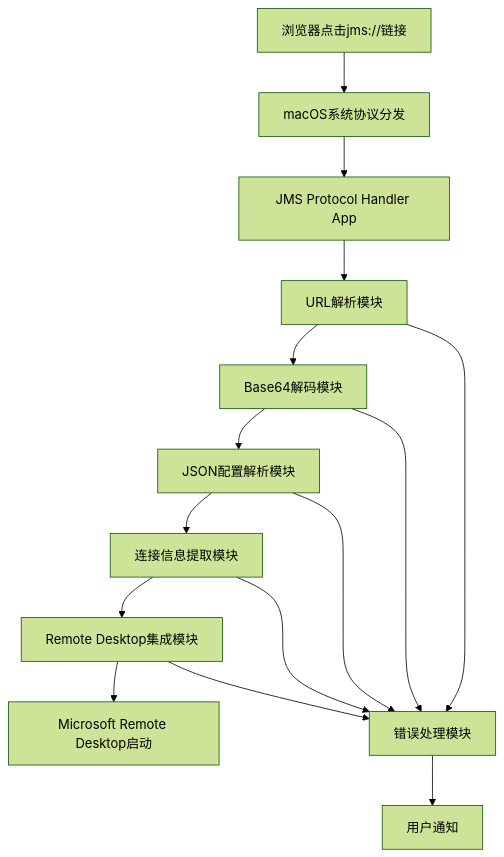
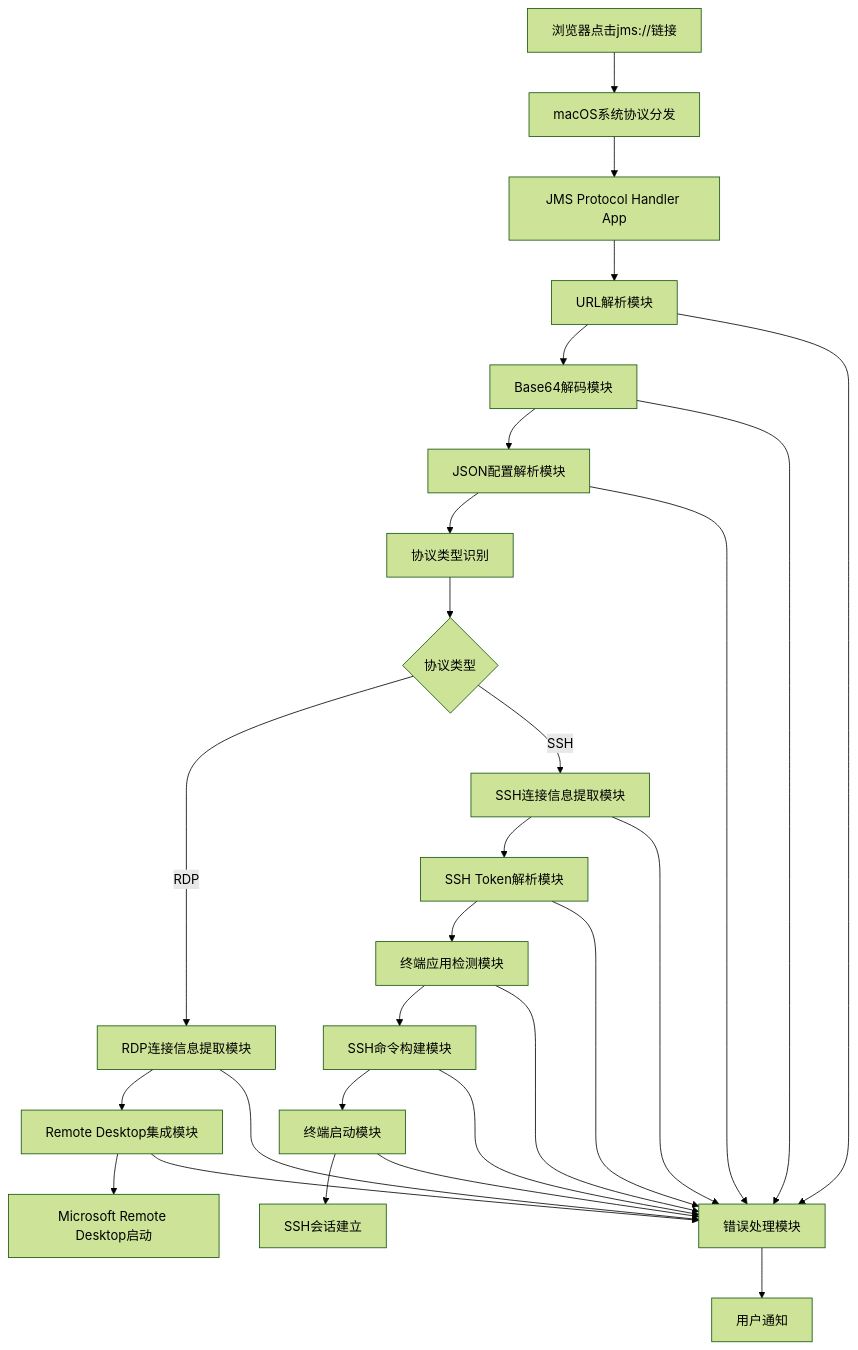
Before and after one commit to kylixs/JumpServerClient-MacOS-v2: the diagram in .kiro/specs/jms-protocol-handler/design.md, drawn with Mermaid (forest theme). The commit also changed other lines of this file and 10 other files, not shown here.

````diff
--- a/.kiro/specs/jms-protocol-handler/design.md
+++ b/.kiro/specs/jms-protocol-handler/design.md
@@ -19,18 +21,34 @@
 ```mermaid
 graph TD
     A[浏览器点击jms://链接] --> B[macOS系统协议分发]
     B --> C[JMS Protocol Handler App]
     C --> D[URL解析模块]
     D --> E[Base64解码模块]
     E --> F[JSON配置解析模块]
-    F --> G[连接信息提取模块]
-    G --> H[Remote Desktop集成模块]
-    H --> I[Microsoft Remote Desktop启动]
+    F --> G[协议类型识别]
     
-    J[错误处理模块] --> K[用户通知]
-    D --> J
-    E --> J
-    F --> J
-    G --> J
-    H --> J
+    G --> H{协议类型}
+    H -->|RDP| I[RDP连接信息提取模块]
+    H -->|SSH| J[SSH连接信息提取模块]
+    
+    I --> K[Remote Desktop集成模块]
+    K --> L[Microsoft Remote Desktop启动]
+    
+    J --> M[SSH Token解析模块]
+    M --> N[终端应用检测模块]
+    N --> O[SSH命令构建模块]
+    O --> P[终端启动模块]
+    P --> Q[SSH会话建立]
+    
+    R[错误处理模块] --> S[用户通知]
+    D --> R
+    E --> R
+    F --> R
+    I --> R
+    J --> R
+    K --> R
+    M --> R
+    N --> R
+    O --> R
+    P --> R
 ```
````
